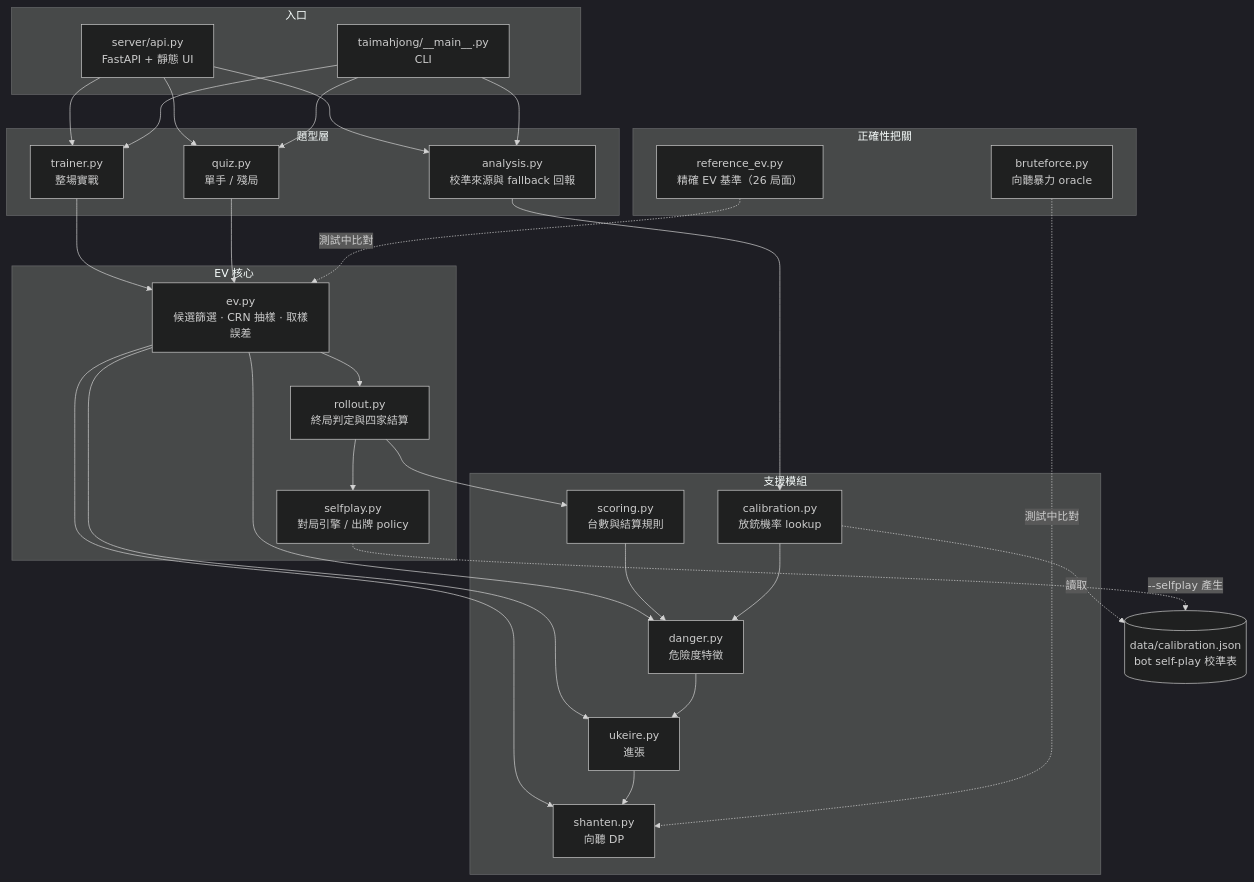
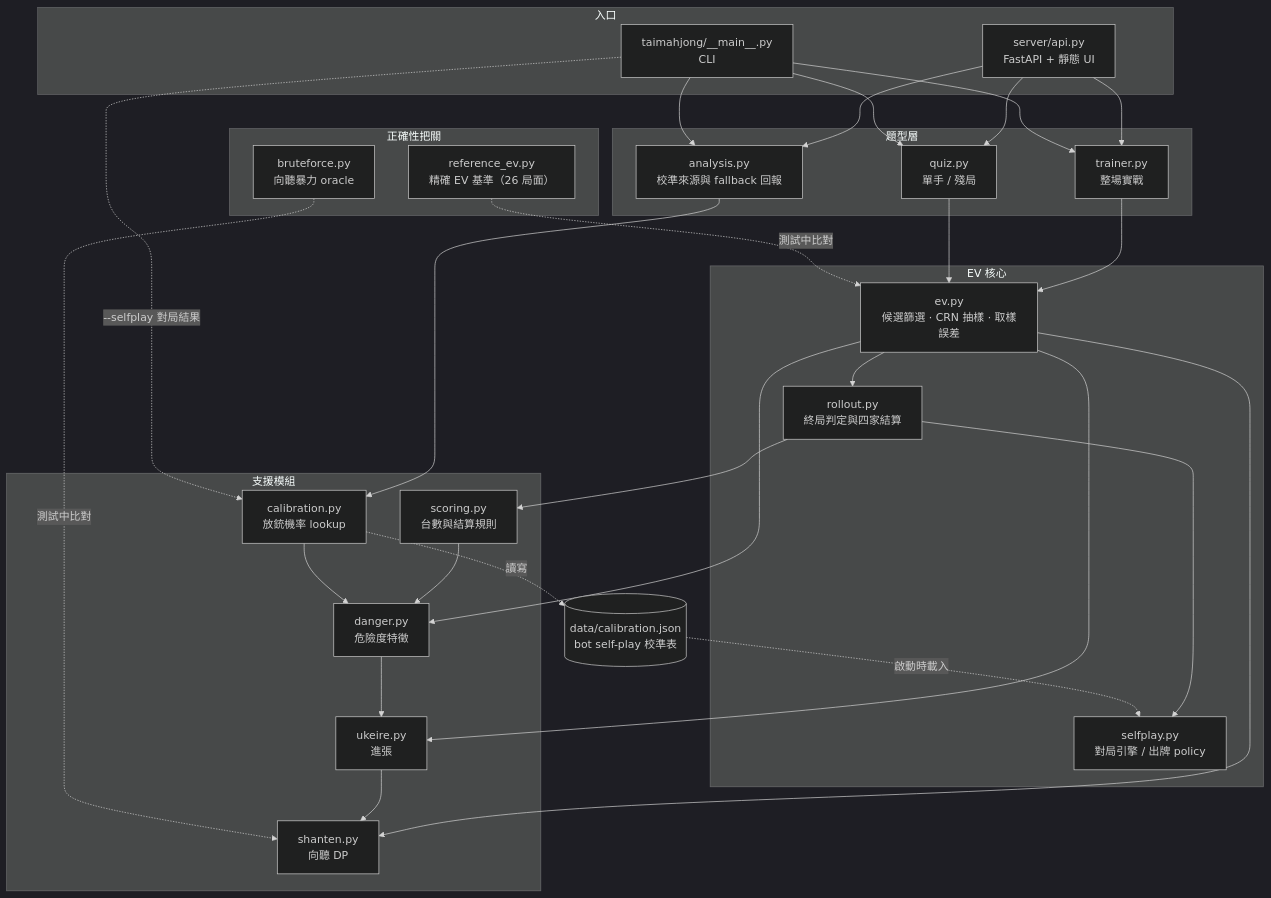
Before and after one commit to YuHsunWang/gto_mahjong: the diagram in README.md, drawn with Mermaid (dark theme). The commit also changed other lines of this file and 3 other files, not shown here.

````diff
--- a/README.md
+++ b/README.md
@@ -75,48 +79,49 @@
 ```mermaid
 flowchart TB
     subgraph entry["入口"]
         WEB["server/api.py<br/>FastAPI + 靜態 UI"]
         CLI["taimahjong/__main__.py<br/>CLI"]
     end
 
     subgraph product["題型層"]
         TRAINER["trainer.py<br/>整場實戰"]
         QUIZ["quiz.py<br/>單手 / 殘局"]
         ANALYSIS["analysis.py<br/>校準來源與 fallback 回報"]
     end
 
     subgraph core["EV 核心"]
         EV["ev.py<br/>候選篩選 · CRN 抽樣 · 取樣誤差"]
         ROLLOUT["rollout.py<br/>終局判定與四家結算"]
         SELFPLAY["selfplay.py<br/>對局引擎 / 出牌 policy"]
     end
 
     subgraph support["支援模組"]
         SHANTEN["shanten.py<br/>向聽 DP"]
         UKEIRE["ukeire.py<br/>進張"]
         DANGER["danger.py<br/>危險度特徵"]
         SCORING["scoring.py<br/>台數與結算規則"]
         CALIB["calibration.py<br/>放銃機率 lookup"]
     end
 
     subgraph validate["正確性把關"]
         BRUTE["bruteforce.py<br/>向聽暴力 oracle"]
         REF["reference_ev.py<br/>精確 EV 基準（26 局面）"]
     end
 
     DATA[("data/calibration.json<br/>bot self-play 校準表")]
 
     WEB --> TRAINER & QUIZ & ANALYSIS
     CLI --> TRAINER & QUIZ & ANALYSIS
     TRAINER & QUIZ --> EV
     ANALYSIS --> CALIB
     EV --> ROLLOUT --> SELFPLAY
     EV --> SHANTEN & UKEIRE & DANGER
     DANGER --> UKEIRE --> SHANTEN
     ROLLOUT --> SCORING --> DANGER
     CALIB --> DANGER
-    CALIB -.讀取.-> DATA
-    SELFPLAY -."--selfplay 產生".-> DATA
+    CALIB -.讀寫.-> DATA
+    CLI -."--selfplay 對局結果".-> CALIB
+    DATA -.啟動時載入.-> SELFPLAY
     BRUTE -.測試中比對.-> SHANTEN
     REF -.測試中比對.-> EV
 ```
````
